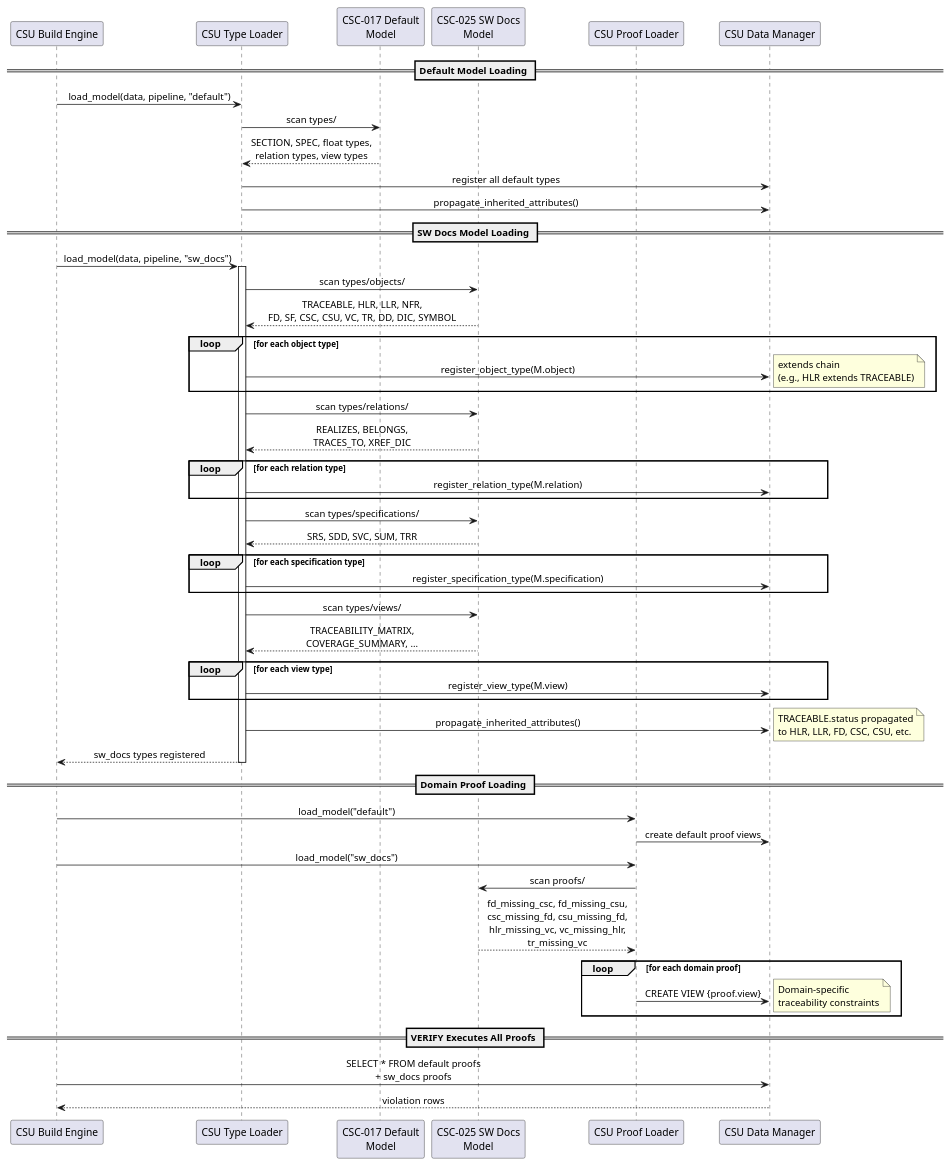
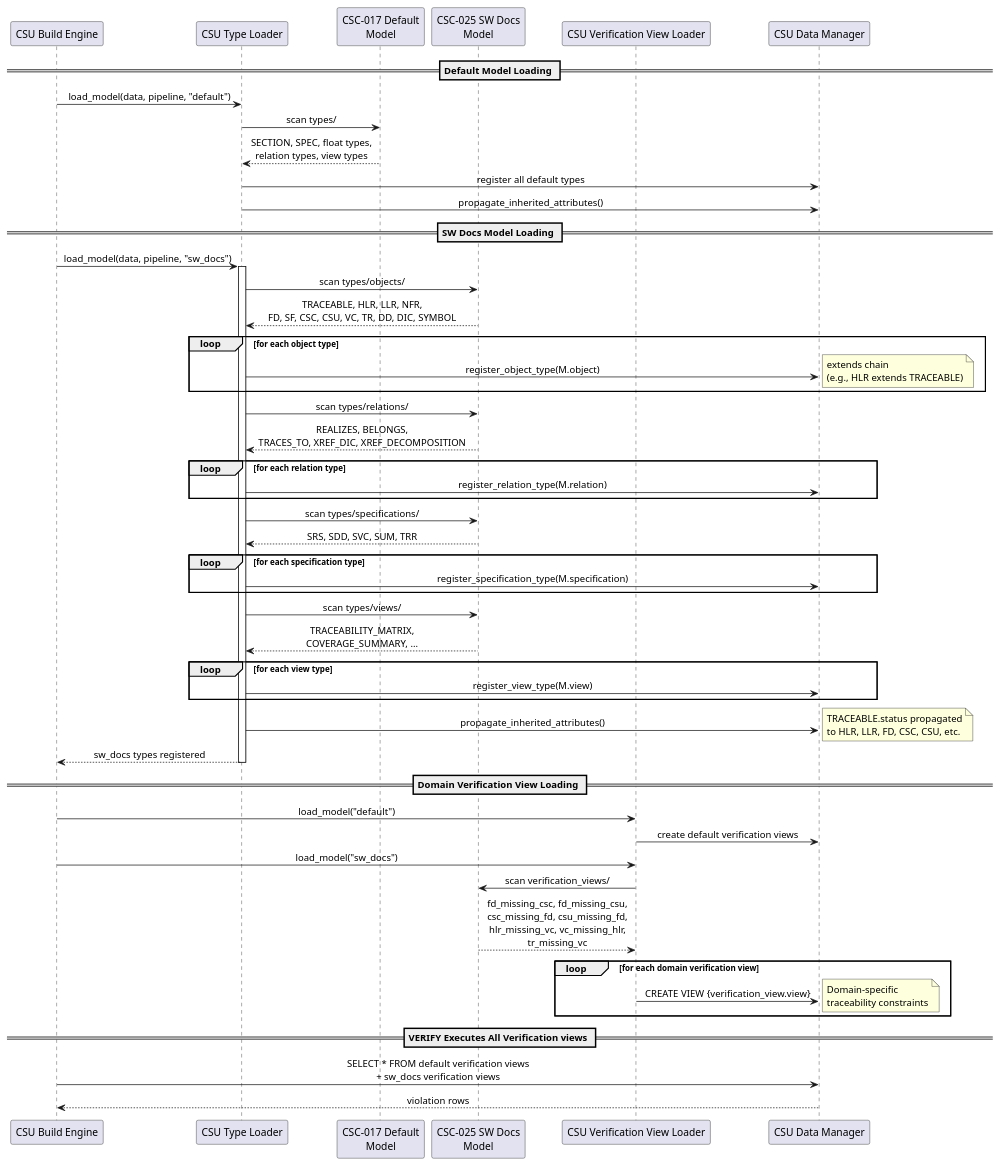
Before and after one commit to SpecIR/SpecCompiler: the diagram in docs/engineering_docs/architecture/sw_docs_model_design.md, drawn with PlantUML. The commit also changed other lines of this file and 19 other files, not shown here.

````diff
--- a/docs/engineering_docs/architecture/sw_docs_model_design.md
+++ b/docs/engineering_docs/architecture/sw_docs_model_design.md
@@ -90,70 +90,70 @@
 ```puml:fd-007-sw-docs{caption="Software Documentation Domain Model"}
 @startuml
 skinparam backgroundColor #FFFFFF
 skinparam sequenceMessageAlign center
 
 participant "CSU Build Engine" as E
 participant "CSU Type Loader" as TL
 participant "CSC-017 Default\nModel" as DEF
 participant "CSC-025 SW Docs\nModel" as SW
-participant "CSU Proof Loader" as PL
+participant "CSU Verification View Loader" as PL
 participant "CSU Data Manager" as DB
 
 == Default Model Loading ==
 E -> TL: load_model(data, pipeline, "default")
 TL -> DEF: scan types/
 DEF --> TL: SECTION, SPEC, float types,\nrelation types, view types
 TL -> DB: register all default types
 TL -> DB: propagate_inherited_attributes()
 
 == SW Docs Model Loading ==
 E -> TL: load_model(data, pipeline, "sw_docs")
 activate TL
 
 TL -> SW: scan types/objects/
 SW --> TL: TRACEABLE, HLR, LLR, NFR,\nFD, SF, CSC, CSU, VC, TR, DD, DIC, SYMBOL
 loop for each object type
     TL -> DB: register_object_type(M.object)
     note right: extends chain\n(e.g., HLR extends TRACEABLE)
 end
 
 TL -> SW: scan types/relations/
-SW --> TL: REALIZES, BELONGS,\nTRACES_TO, XREF_DIC
+SW --> TL: REALIZES, BELONGS,\nTRACES_TO, XREF_DIC, XREF_DECOMPOSITION
 loop for each relation type
     TL -> DB: register_relation_type(M.relation)
 end
 
 TL -> SW: scan types/specifications/
 SW --> TL: SRS, SDD, SVC, SUM, TRR
 loop for each specification type
     TL -> DB: register_specification_type(M.specification)
 end
 
 TL -> SW: scan types/views/
 SW --> TL: TRACEABILITY_MATRIX,\nCOVERAGE_SUMMARY, ...
 loop for each view type
     TL -> DB: register_view_type(M.view)
 end
 
 TL -> DB: propagate_inherited_attributes()
 note right: TRACEABLE.status propagated\nto HLR, LLR, FD, CSC, CSU, etc.
 TL --> E: sw_docs types registered
 deactivate TL
 
-== Domain Proof Loading ==
+== Domain Verification View Loading ==
 E -> PL: load_model("default")
-PL -> DB: create default proof views
+PL -> DB: create default verification views
 
 E -> PL: load_model("sw_docs")
-PL -> SW: scan proofs/
+PL -> SW: scan verification_views/
 SW --> PL: fd_missing_csc, fd_missing_csu,\ncsc_missing_fd, csu_missing_fd,\nhlr_missing_vc, vc_missing_hlr,\ntr_missing_vc
-loop for each domain proof
-    PL -> DB: CREATE VIEW {proof.view}
+loop for each domain verification view
+    PL -> DB: CREATE VIEW {verification_view.view}
     note right: Domain-specific\ntraceability constraints
 end
 
-== VERIFY Executes All Proofs ==
-E -> DB: SELECT * FROM default proofs\n+ sw_docs proofs
+== VERIFY Executes All Verification views ==
+E -> DB: SELECT * FROM default verification views\n+ sw_docs verification views
 DB --> E: violation rows
 @enduml
 ```
````
